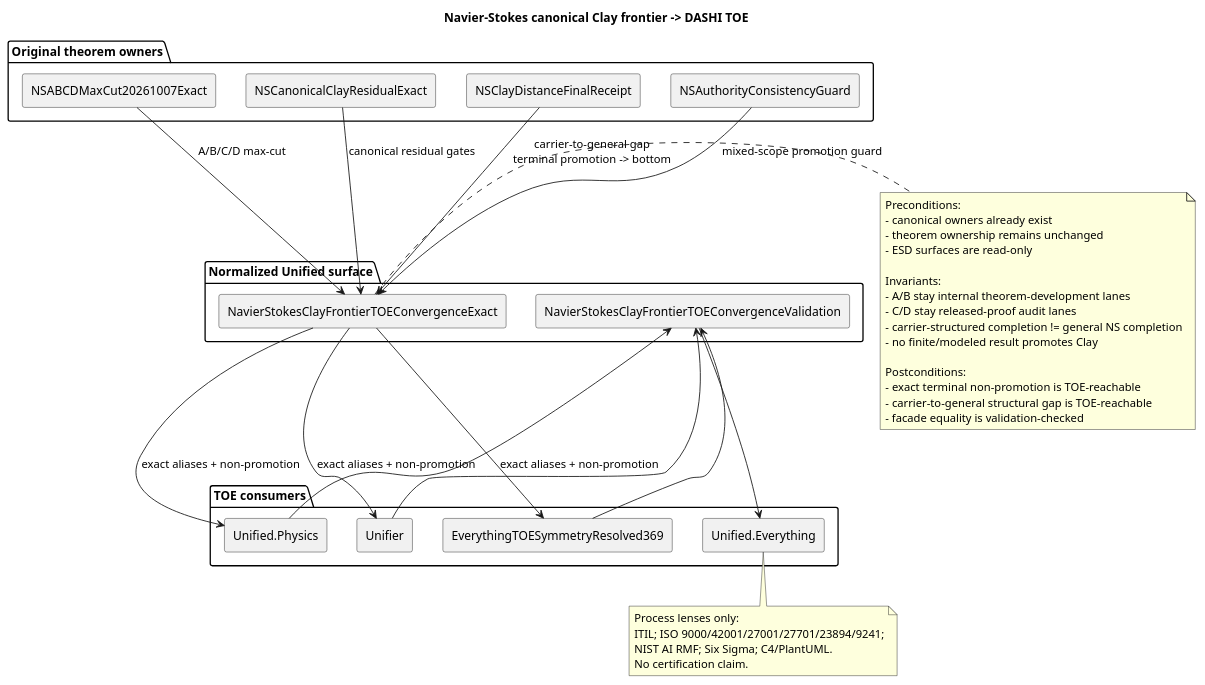
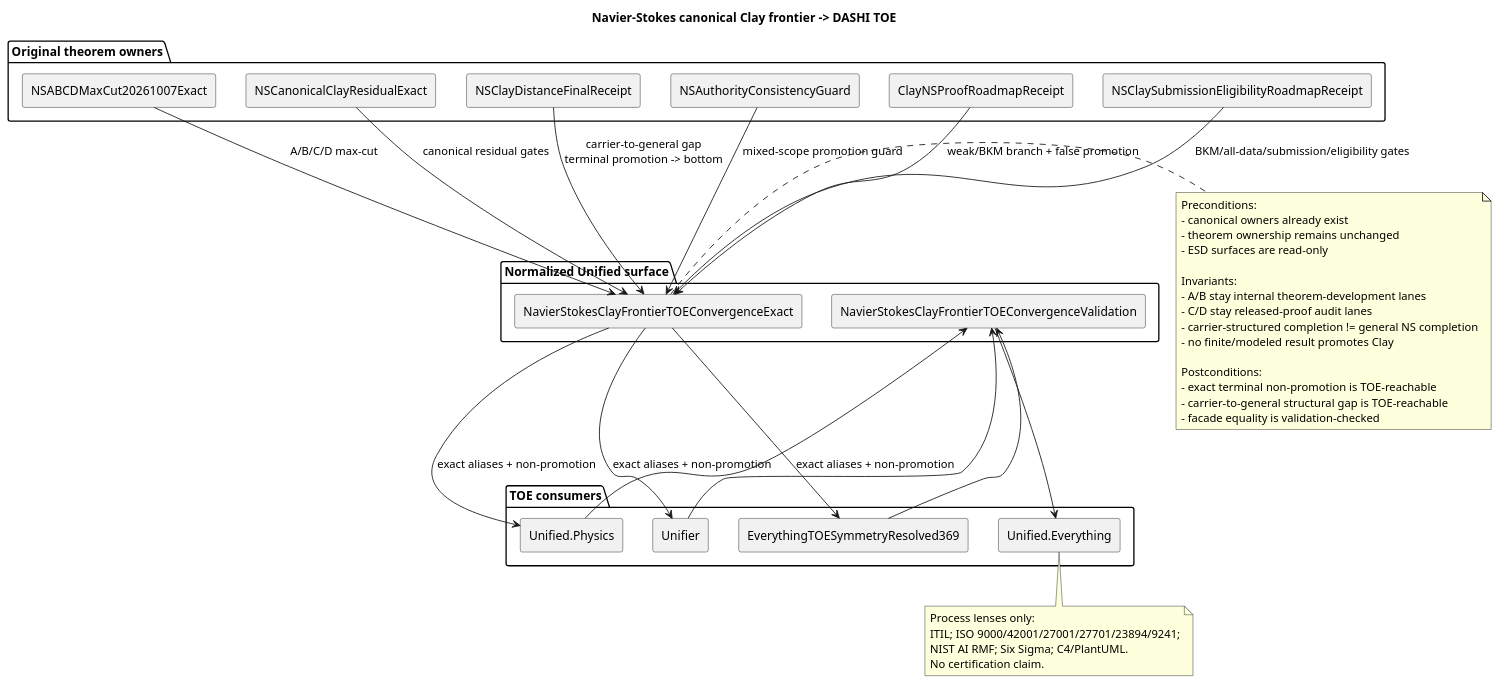
The diagram in Docs/architecture/NavierStokesClayFrontierTOEConvergence.puml (chboishabba/dashi_agda), drawn with PlantUML before and after one commit.

Commit message:
TOE NS: add canonical roadmap owners to architecture receipt

```diff
--- a/Docs/architecture/NavierStokesClayFrontierTOEConvergence.puml
+++ b/Docs/architecture/NavierStokesClayFrontierTOEConvergence.puml
@@ -1,63 +1,67 @@
 @startuml
 title Navier-Stokes canonical Clay frontier -> DASHI TOE
 
 skinparam componentStyle rectangle
 
 package "Original theorem owners" {
   [NSABCDMaxCut20261007Exact] as ABCD
   [NSCanonicalClayResidualExact] as Residual
   [NSClayDistanceFinalReceipt] as Distance
   [NSAuthorityConsistencyGuard] as Guard
+  [ClayNSProofRoadmapReceipt] as Roadmap
+  [NSClaySubmissionEligibilityRoadmapReceipt] as Eligibility
 }
 
 package "Normalized Unified surface" {
   [NavierStokesClayFrontierTOEConvergenceExact] as Facade
   [NavierStokesClayFrontierTOEConvergenceValidation] as Validation
 }
 
 package "TOE consumers" {
   [EverythingTOESymmetryResolved369] as TOE
   [Unifier] as Unifier
   [Unified.Physics] as Physics
   [Unified.Everything] as Everything
 }
 
 ABCD --> Facade : A/B/C/D max-cut
 Residual --> Facade : canonical residual gates
 Distance --> Facade : carrier-to-general gap\nterminal promotion -> bottom
 Guard --> Facade : mixed-scope promotion guard
+Roadmap --> Facade : weak/BKM branch + false promotion
+Eligibility --> Facade : BKM/all-data/submission/eligibility gates
 
 Facade --> TOE : exact aliases + non-promotion
 Facade --> Unifier : exact aliases + non-promotion
 Facade --> Physics : exact aliases + non-promotion
 
 TOE --> Validation
 Unifier --> Validation
 Physics --> Validation
 Validation --> Everything
 
 note right of Facade
 Preconditions:
 - canonical owners already exist
 - theorem ownership remains unchanged
 - ESD surfaces are read-only
 
 Invariants:
 - A/B stay internal theorem-development lanes
 - C/D stay released-proof audit lanes
 - carrier-structured completion != general NS completion
 - no finite/modeled result promotes Clay
 
 Postconditions:
 - exact terminal non-promotion is TOE-reachable
 - carrier-to-general structural gap is TOE-reachable
 - facade equality is validation-checked
 end note
 
 note bottom of Everything
 Process lenses only:
 ITIL; ISO 9000/42001/27001/27701/23894/9241;
 NIST AI RMF; Six Sigma; C4/PlantUML.
 No certification claim.
 end note
 @enduml
```
